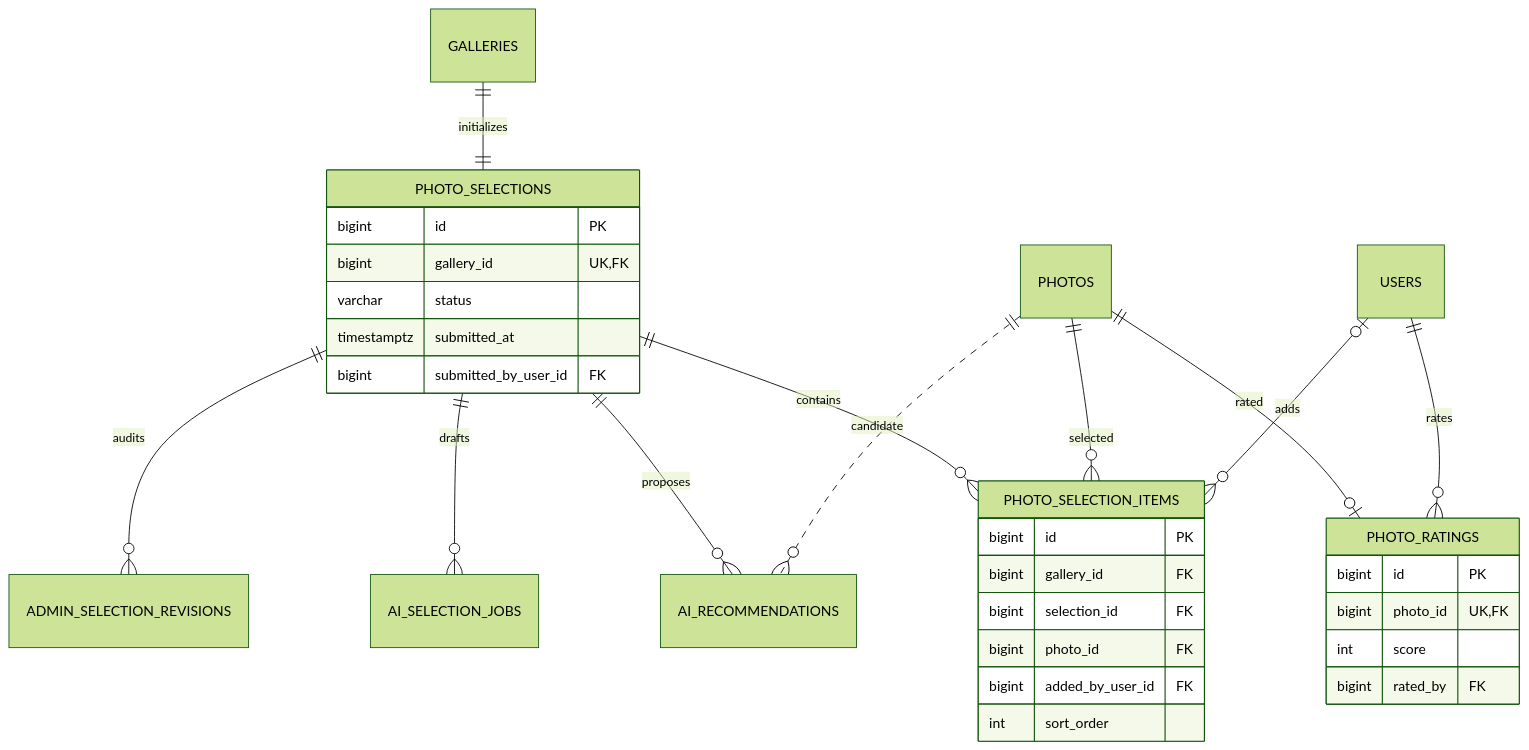
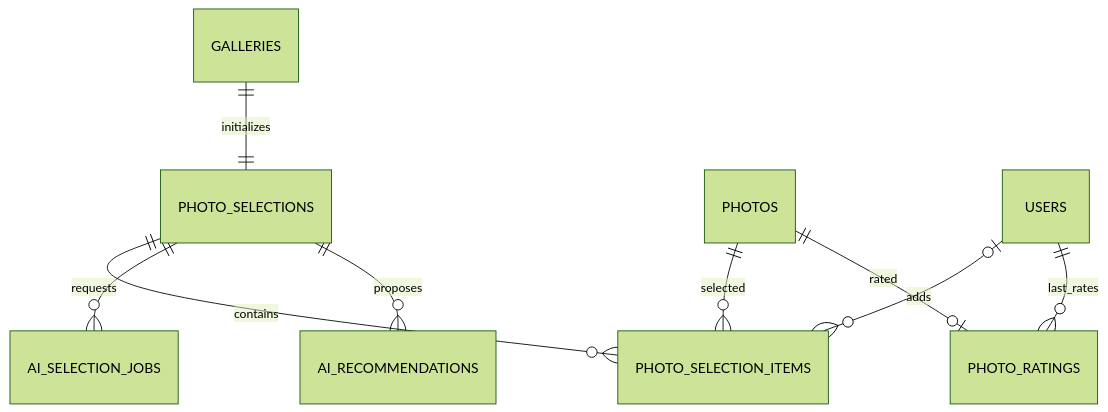
The diagram in docs/data-model/selection-recommendation.md (organic-agent/WES-DOCS), drawn with Mermaid (forest theme) before and after one commit. The commit also changed other lines of this file and 15 other files, not shown here.

````diff
--- a/docs/data-model/selection-recommendation.md
+++ b/docs/data-model/selection-recommendation.md
@@ -21,35 +11,11 @@
 ```mermaid
 erDiagram
     GALLERIES ||--|| PHOTO_SELECTIONS : initializes
     PHOTO_SELECTIONS ||--o{ PHOTO_SELECTION_ITEMS : contains
     PHOTOS ||--o{ PHOTO_SELECTION_ITEMS : selected
     USERS |o--o{ PHOTO_SELECTION_ITEMS : adds
     PHOTOS ||--o| PHOTO_RATINGS : rated
-    USERS ||--o{ PHOTO_RATINGS : rates
-    PHOTO_SELECTIONS ||--o{ AI_SELECTION_JOBS : drafts
+    USERS ||--o{ PHOTO_RATINGS : last_rates
+    PHOTO_SELECTIONS ||--o{ AI_SELECTION_JOBS : requests
     PHOTO_SELECTIONS ||--o{ AI_RECOMMENDATIONS : proposes
-    PHOTOS ||..o{ AI_RECOMMENDATIONS : candidate
-    PHOTO_SELECTIONS ||--o{ ADMIN_SELECTION_REVISIONS : audits
-
-    PHOTO_SELECTIONS {
-      bigint id PK
-      bigint gallery_id UK,FK
-      varchar status
-      timestamptz submitted_at
-      bigint submitted_by_user_id FK
-    }
-    PHOTO_SELECTION_ITEMS {
-      bigint id PK
-      bigint gallery_id FK
-      bigint selection_id FK
-      bigint photo_id FK
-      bigint added_by_user_id FK
-      int sort_order
-    }
-    PHOTO_RATINGS {
-      bigint id PK
-      bigint photo_id UK,FK
-      int score
-      bigint rated_by FK
-    }
 ```
````
